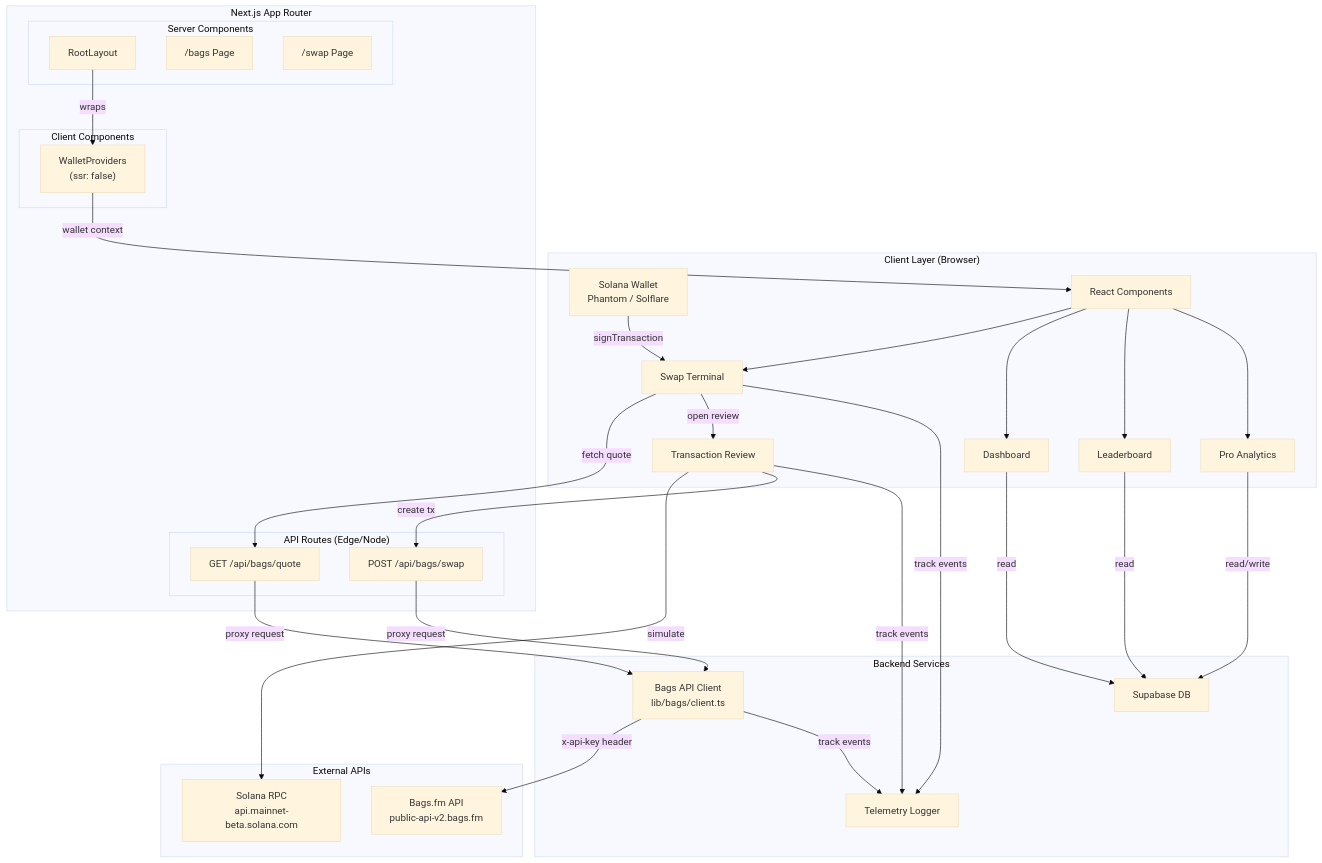
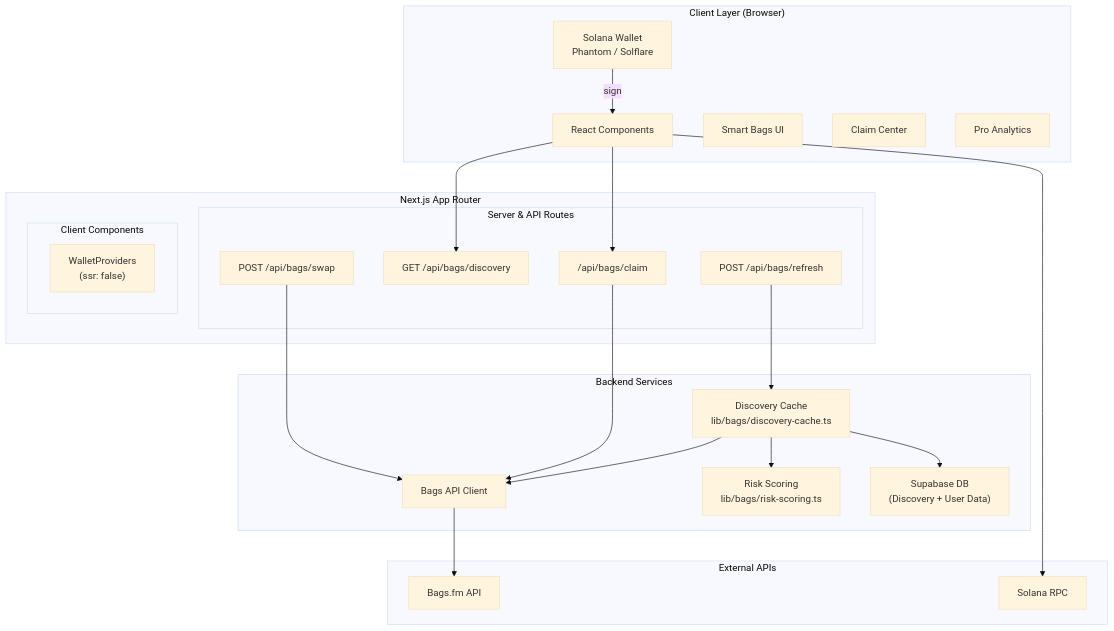
The diagram in ARCHITECTURE.md (EKF0/bagfi), drawn with Mermaid (base theme) before and after one commit. The commit also changed other lines of this file and 10 other files, not shown here.

Commit message:
feat: run Solana/Bags launch readiness gate (SOL7-03)

````diff
--- a/ARCHITECTURE.md
+++ b/ARCHITECTURE.md
@@ -194,61 +131,47 @@
 ```mermaid
 graph TB
     subgraph Client["Client Layer (Browser)"]
         Wallet["Solana Wallet<br/>Phantom / Solflare"]
         UI["React Components"]
-        Swap["Swap Terminal"]
-        Review["Transaction Review"]
-        Dash["Dashboard"]
-        Leader["Leaderboard"]
-        Pro["Pro Analytics"]
+        SmartBags["Smart Bags UI"]
+        ClaimCenter["Claim Center"]
+        Analytics["Pro Analytics"]
     end
 
     subgraph NextJS["Next.js App Router"]
-        subgraph Server["Server Components"]
-            Layout["RootLayout"]
-            BagsPage["/bags Page"]
-            SwapPage["/swap Page"]
-        end
-
-        subgraph API["API Routes (Edge/Node)"]
-            QuoteAPI["GET /api/bags/quote"]
+        subgraph Server["Server & API Routes"]
+            RefreshAPI["POST /api/bags/refresh"]
+            DiscoveryAPI["GET /api/bags/discovery"]
+            ClaimAPI["/api/bags/claim"]
             SwapAPI["POST /api/bags/swap"]
         end
 
         subgraph ClientComponents["Client Components"]
             Providers["WalletProviders<br/>(ssr: false)"]
         end
     end
 
     subgraph Backend["Backend Services"]
-        BagsClient["Bags API Client<br/>lib/bags/client.ts"]
-        Supabase["Supabase DB"]
-        Telemetry["Telemetry Logger"]
+        BagsClient["Bags API Client"]
+        DiscoveryCache["Discovery Cache<br/>lib/bags/discovery-cache.ts"]
+        RiskScoring["Risk Scoring<br/>lib/bags/risk-scoring.ts"]
+        Supabase["Supabase DB<br/>(Discovery + User Data)"]
     end
 
     subgraph External["External APIs"]
-        BagsAPI["Bags.fm API<br/>public-api-v2.bags.fm"]
-        SolanaRPC["Solana RPC<br/>api.mainnet-beta.solana.com"]
+        BagsAPI["Bags.fm API"]
+        SolanaRPC["Solana RPC"]
     end
 
-    Wallet -->|"signTransaction"| Swap
-    Swap -->|"fetch quote"| QuoteAPI
-    Swap -->|"open review"| Review
-    Review -->|"simulate"| SolanaRPC
-    Review -->|"create tx"| SwapAPI
-    SwapAPI -->|"proxy request"| BagsClient
-    QuoteAPI -->|"proxy request"| BagsClient
-    BagsClient -->|"x-api-key header"| BagsAPI
-    Dash -->|"read"| Supabase
-    Leader -->|"read"| Supabase
-    Pro -->|"read/write"| Supabase
-    Layout -->|"wraps"| Providers
-    Providers -->|"wallet context"| UI
-    UI --> Swap
-    UI --> Dash
-    UI --> Leader
-    UI --> Pro
-    Swap -->|"track events"| Telemetry
-    Review -->|"track events"| Telemetry
-    BagsClient -->|"track events"| Telemetry
+    Wallet -->|"sign"| UI
+    UI --> DiscoveryAPI
+    UI --> ClaimAPI
+    RefreshAPI --> DiscoveryCache
+    DiscoveryCache --> BagsClient
+    DiscoveryCache --> RiskScoring
+    DiscoveryCache --> Supabase
+    BagsClient --> BagsAPI
+    UI --> SolanaRPC
+    ClaimAPI --> BagsClient
+    SwapAPI --> BagsClient
 ```
````
